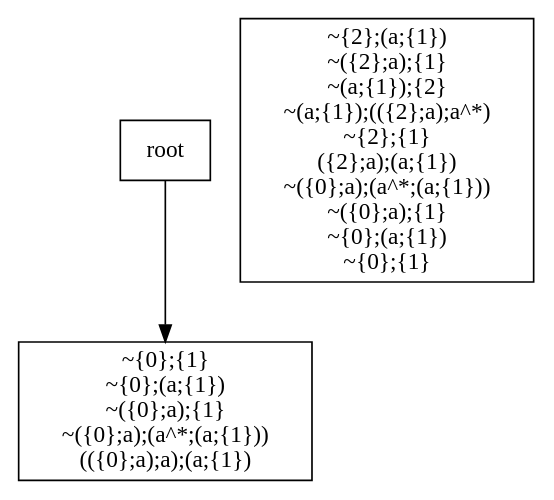
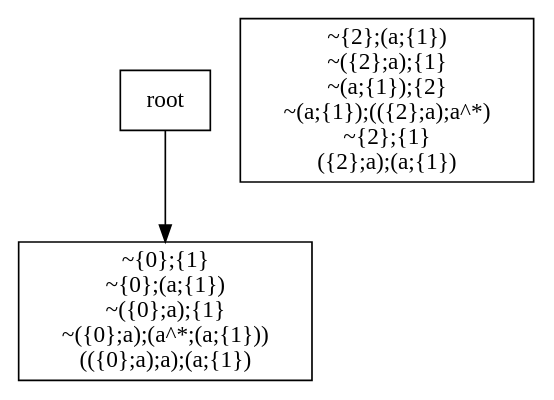
One commit to jangreen/rat changed the diagram in output/r.dot. Above: the diagram before and after it, drawn with Graphviz. The commit also changed 6 other files, not shown here.

```diff
--- a/output/r.dot
+++ b/output/r.dot
@@ -1,21 +1,17 @@
 digraph {
 node[shape="box"]
-N0x1240052a0[label="~{0};{1}
+N0x12f0052a0[label="~{0};{1}
 ~{0};(a;{1})
 ~({0};a);{1}
 ~({0};a);(a^*;(a;{1}))
 (({0};a);a);(a;{1})
 "];
-root -> N0x1240052a0;
-N0x124008d60[label="~{2};(a;{1})
+root -> N0x12f0052a0;
+N0x12f106740[label="~{2};(a;{1})
 ~({2};a);{1}
 ~(a;{1});{2}
 ~(a;{1});(({2};a);a^*)
 ~{2};{1}
 ({2};a);(a;{1})
-~({0};a);(a^*;(a;{1}))
-~({0};a);{1}
-~{0};(a;{1})
-~{0};{1}
 "];
 }
```
